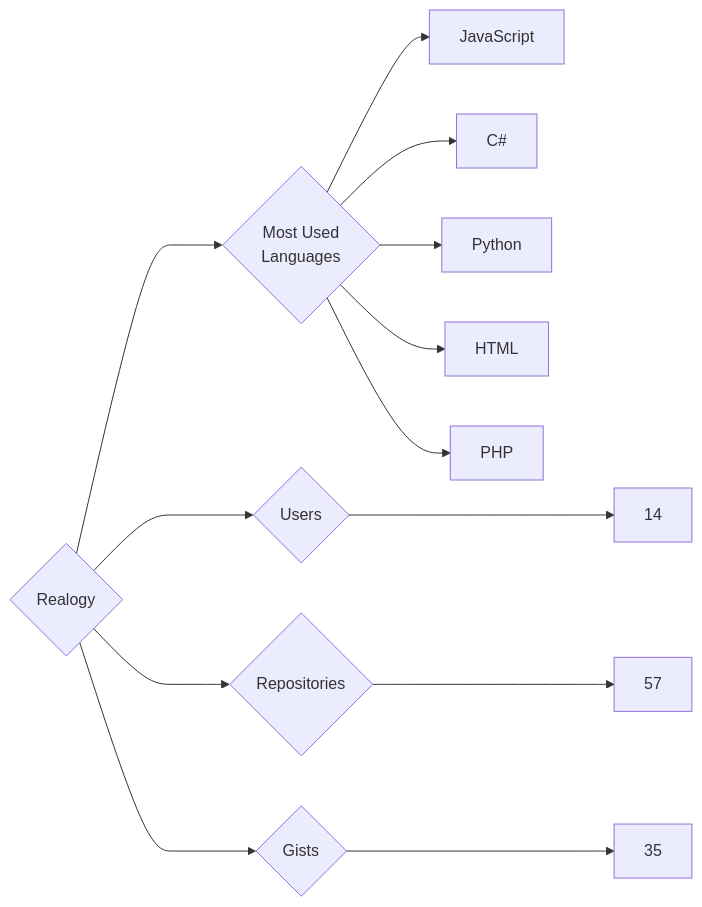
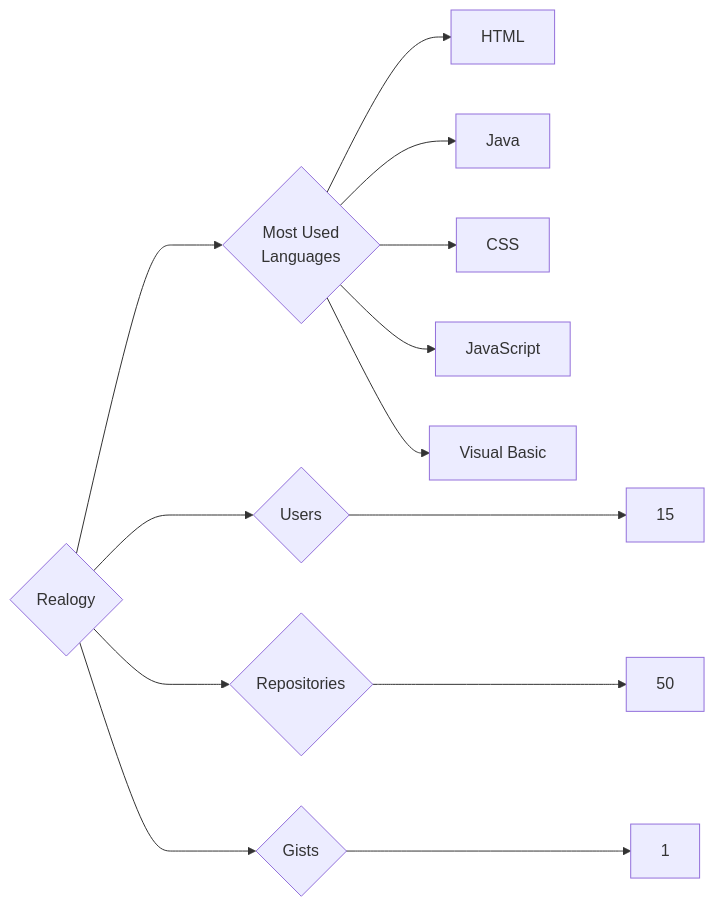
The diagram in targets/Realogy/README.md (trickest/insiders), drawn with Mermaid before and after one commit. The commit also changed 898 other files, not shown here.

````diff
--- a/targets/Realogy/README.md
+++ b/targets/Realogy/README.md
@@ -3,13 +3,13 @@
 ```mermaid
 graph LR
 COMPANY_NAME{Realogy}
-COMPANY_NAME ---> U{Users} ---> UN[14]
-COMPANY_NAME ---> R{Repositories} ---> RN[57]
-COMPANY_NAME ---> G{Gists} ---> GN[35]
+COMPANY_NAME ---> U{Users} ---> UN[15]
+COMPANY_NAME ---> R{Repositories} ---> RN[50]
+COMPANY_NAME ---> G{Gists} ---> GN[1]
 COMPANY_NAME ---> ML{Most Used<br>Languages}
+ML --> HTML[HTML]
+ML --> Java[Java]
+ML --> CSS[CSS]
 ML --> JavaScript[JavaScript]
-ML --> C#[C#]
-ML --> Python[Python]
-ML --> HTML[HTML]
-ML --> PHP[PHP]
+ML --> Visual_Basic[Visual Basic]
 ```
````
